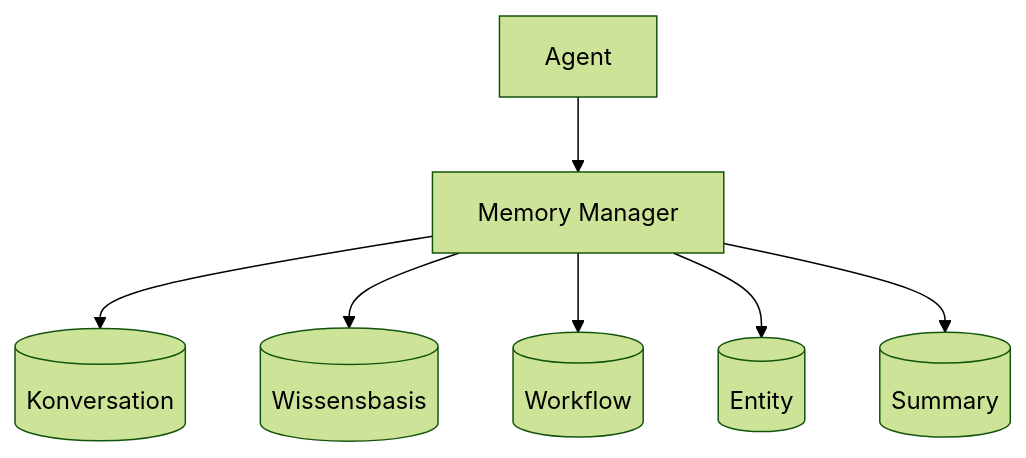
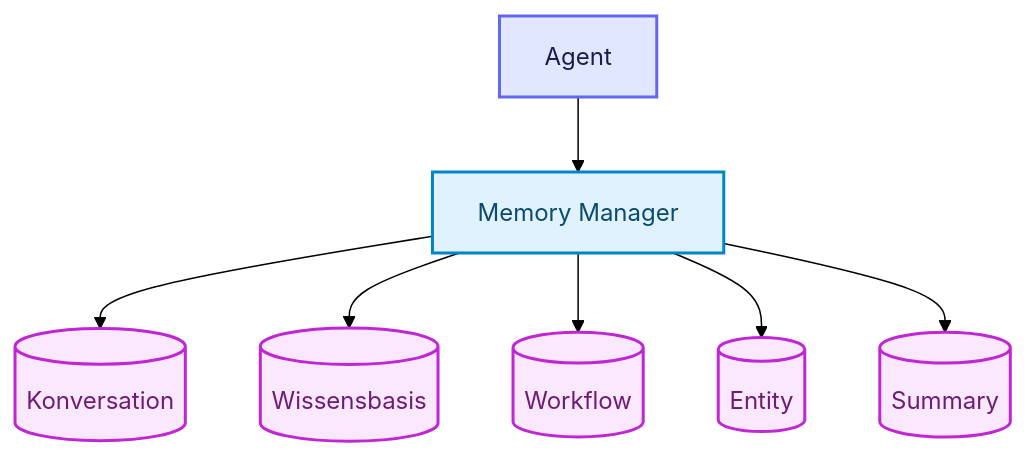
Before and after one commit to ralf-42/Agenten: the sixth of 7 diagrams in docs/04-agenten-implementierung/ablauf-zustand/memory-systeme.md, drawn with Mermaid (forest theme). The commit also changed other lines of this file and 18 other files, not shown here.

````diff
--- a/docs/04-agenten-implementierung/ablauf-zustand/memory-systeme.md
+++ b/docs/04-agenten-implementierung/ablauf-zustand/memory-systeme.md
@@ -466,9 +502,16 @@
 ```mermaid
 flowchart TB
     AGENT[Agent] --> MM["Memory Manager"]
     MM --> C[("Konversation")]
     MM --> KB[("Wissensbasis")]
     MM --> WF[("Workflow")]
     MM --> EN[("Entity")]
     MM --> SU[("Summary")]
+
+    classDef default fill:#e0f2fe,stroke:#0284c7,stroke-width:2px,color:#0c4a6e;
+    classDef input fill:#e0e7ff,stroke:#6366f1,stroke-width:2px,color:#1e1b4b;
+    classDef target fill:#fae8ff,stroke:#c026d3,stroke-width:2px,color:#701a75;
+
+    class AGENT input;
+    class C,KB,WF,EN,SU target;
 ```
````
